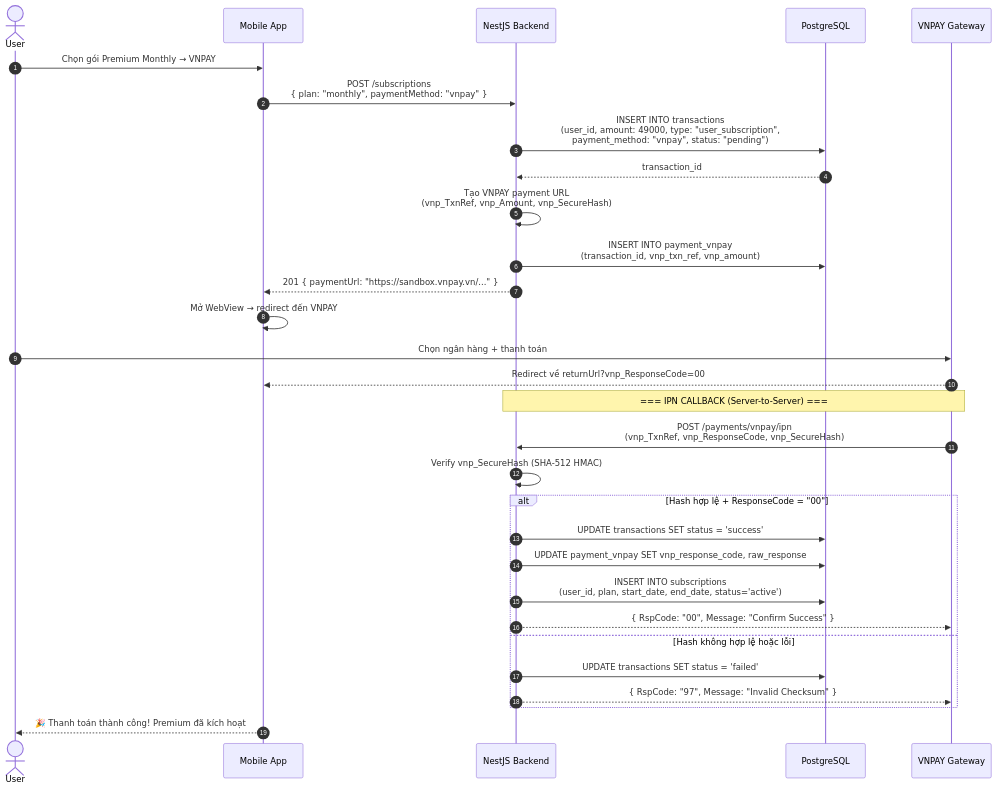
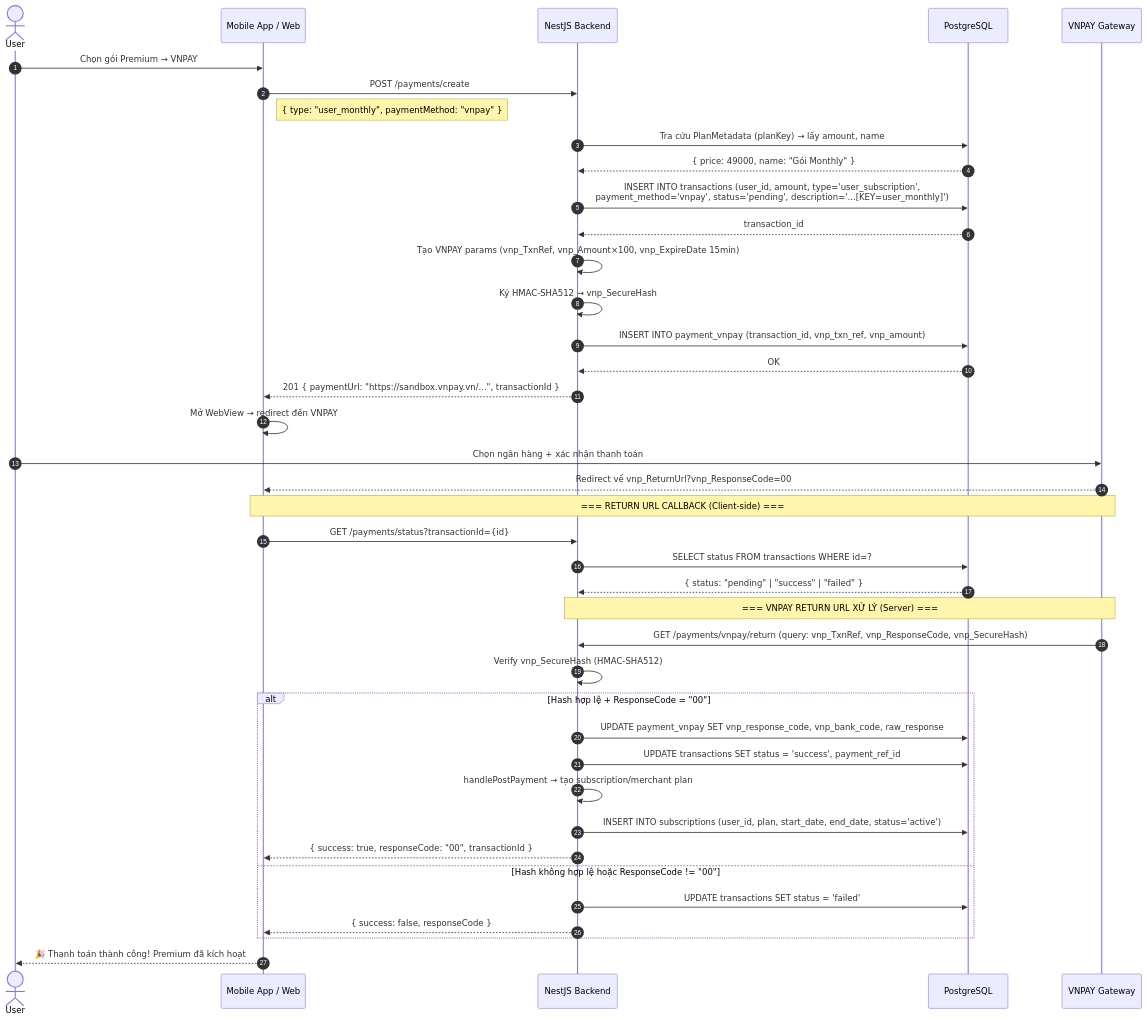
The seventh of 13 diagrams in docs/diagrams.md (thankhanh/Seminar_sgu), drawn with Mermaid before and after one commit. The commit also changed other lines of this file, not shown here.

First line of the commit message:
Update diagrams.md

````diff
--- a/docs/diagrams.md
+++ b/docs/diagrams.md
@@ -295,41 +371,52 @@
 ```mermaid
 sequenceDiagram
     autonumber
     actor U as User
-    participant App as Mobile App
+    participant App as Mobile App / Web
     participant API as NestJS Backend
     participant DB as PostgreSQL
     participant VN as VNPAY Gateway
 
-    U->>App: Chọn gói Premium Monthly → VNPAY
-    App->>API: POST /subscriptions<br/>{ plan: "monthly", paymentMethod: "vnpay" }
-    
-    API->>DB: INSERT INTO transactions<br/>(user_id, amount: 49000, type: "user_subscription",<br/>payment_method: "vnpay", status: "pending")
+    U->>App: Chọn gói Premium → VNPAY
+    App->>API: POST /payments/create
+    Note right of App: { type: "user_monthly", paymentMethod: "vnpay" }
+
+    API->>DB: Tra cứu PlanMetadata (planKey) → lấy amount, name
+    DB-->>API: { price: 49000, name: "Gói Monthly" }
+
+    API->>DB: INSERT INTO transactions (user_id, amount, type='user_subscription',<br/>payment_method='vnpay', status='pending', description='...[KEY=user_monthly]')
     DB-->>API: transaction_id
-    
-    API->>API: Tạo VNPAY payment URL<br/>(vnp_TxnRef, vnp_Amount, vnp_SecureHash)
-    API->>DB: INSERT INTO payment_vnpay<br/>(transaction_id, vnp_txn_ref, vnp_amount)
-    
-    API-->>App: 201 { paymentUrl: "https://sandbox.vnpay.vn/..." }
+
+    API->>API: Tạo VNPAY params (vnp_TxnRef, vnp_Amount×100, vnp_ExpireDate 15min)
+    API->>API: Ký HMAC-SHA512 → vnp_SecureHash
+    API->>DB: INSERT INTO payment_vnpay (transaction_id, vnp_txn_ref, vnp_amount)
+    DB-->>API: OK
+
+    API-->>App: 201 { paymentUrl: "https://sandbox.vnpay.vn/...", transactionId }
     App->>App: Mở WebView → redirect đến VNPAY
-    
-    U->>VN: Chọn ngân hàng + thanh toán
-    VN-->>App: Redirect về returnUrl?vnp_ResponseCode=00
 
-    Note over API,VN: === IPN CALLBACK (Server-to-Server) ===
-    VN->>API: POST /payments/vnpay/ipn<br/>(vnp_TxnRef, vnp_ResponseCode, vnp_SecureHash)
-    
-    API->>API: Verify vnp_SecureHash (SHA-512 HMAC)
-    
+    U->>VN: Chọn ngân hàng + xác nhận thanh toán
+    VN-->>App: Redirect về vnp_ReturnUrl?vnp_ResponseCode=00
+
+    Note over App,VN: === RETURN URL CALLBACK (Client-side) ===
+    App->>API: GET /payments/status?transactionId={id}
+    API->>DB: SELECT status FROM transactions WHERE id=?
+    DB-->>API: { status: "pending" | "success" | "failed" }
+
+    Note over API,VN: === VNPAY RETURN URL XỬ LÝ (Server) ===
+    VN->>API: GET /payments/vnpay/return (query: vnp_TxnRef, vnp_ResponseCode, vnp_SecureHash)
+    API->>API: Verify vnp_SecureHash (HMAC-SHA512)
+
     alt Hash hợp lệ + ResponseCode = "00"
-        API->>DB: UPDATE transactions SET status = 'success'
-        API->>DB: UPDATE payment_vnpay SET vnp_response_code, raw_response
-        API->>DB: INSERT INTO subscriptions<br/>(user_id, plan, start_date, end_date, status='active')
-        API-->>VN: { RspCode: "00", Message: "Confirm Success" }
-    else Hash không hợp lệ hoặc lỗi
+        API->>DB: UPDATE payment_vnpay SET vnp_response_code, vnp_bank_code, raw_response
+        API->>DB: UPDATE transactions SET status = 'success', payment_ref_id
+        API->>API: handlePostPayment → tạo subscription/merchant plan
+        API->>DB: INSERT INTO subscriptions (user_id, plan, start_date, end_date, status='active')
+        API-->>App: { success: true, responseCode: "00", transactionId }
+    else Hash không hợp lệ hoặc ResponseCode != "00"
         API->>DB: UPDATE transactions SET status = 'failed'
-        API-->>VN: { RspCode: "97", Message: "Invalid Checksum" }
+        API-->>App: { success: false, responseCode }
     end
-    
+
     App-->>U: 🎉 Thanh toán thành công! Premium đã kích hoạt
 ```
````
